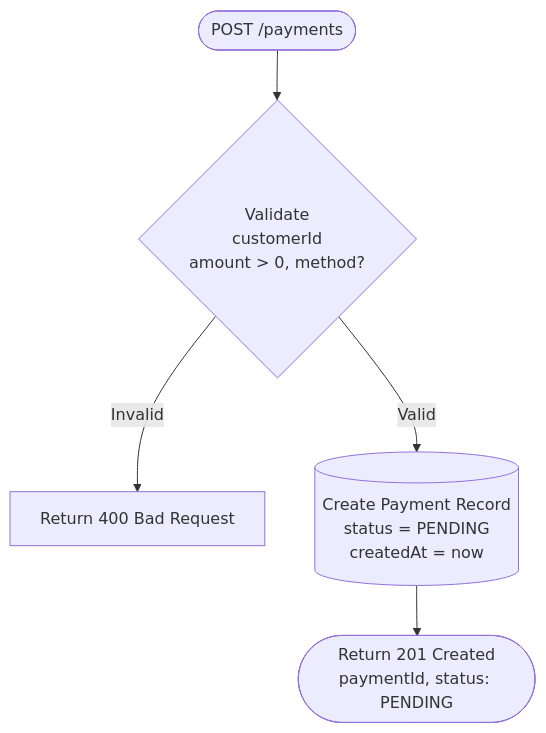
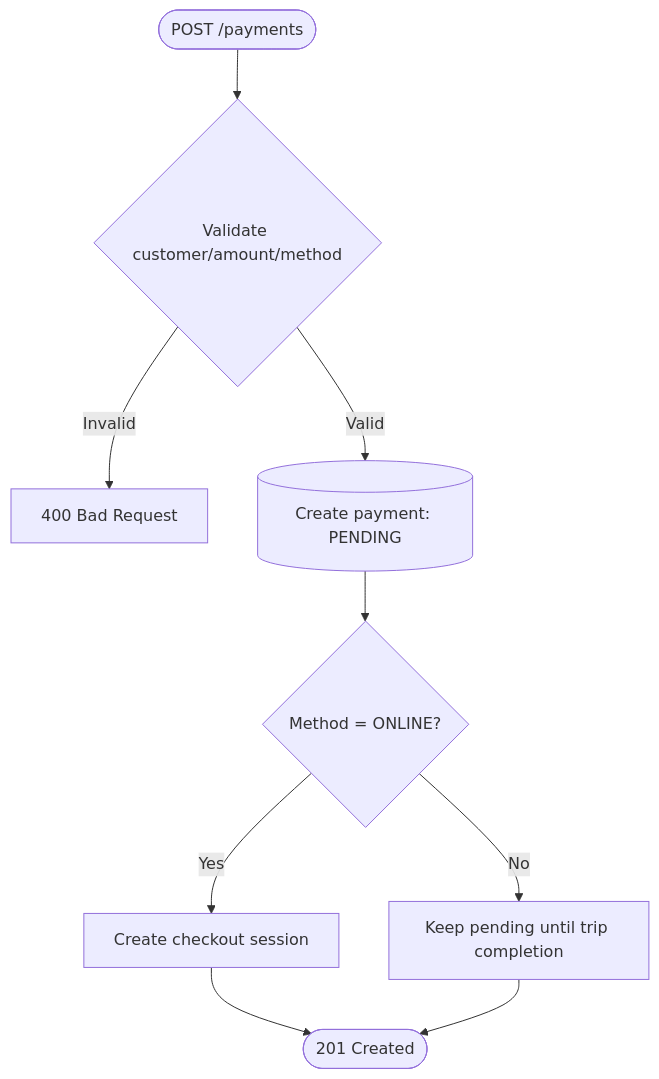
One commit to ImTruong/TrangSM changed diagram 11 of 21 in docs/analysis-and-design.md. Above: the diagram before and after it, drawn with Mermaid. The commit also changed other lines of this file and 32 other files, not shown here.

````diff
--- a/docs/analysis-and-design.md
+++ b/docs/analysis-and-design.md
@@ -460,7 +490,11 @@
 ```mermaid
 flowchart TD
-    A([POST /payments]) --> B{Validate\ncustomerId\namount > 0, method?}
-    B -->|Invalid| ERR1[Return 400 Bad Request]
-    B -->|Valid| C[(Create Payment Record\nstatus = PENDING\ncreatedAt = now)]
-    C --> D([Return 201 Created\npaymentId, status: PENDING])
+    A([POST /payments]) --> B{Validate customer/amount/method}
+    B -->|Invalid| E1[400 Bad Request]
+    B -->|Valid| C[(Create payment: PENDING)]
+    C --> D{Method = ONLINE?}
+    D -->|Yes| E[Create checkout session]
+    D -->|No| F[Keep pending until trip completion]
+    E --> G([201 Created])
+    F --> G
 ```
````
